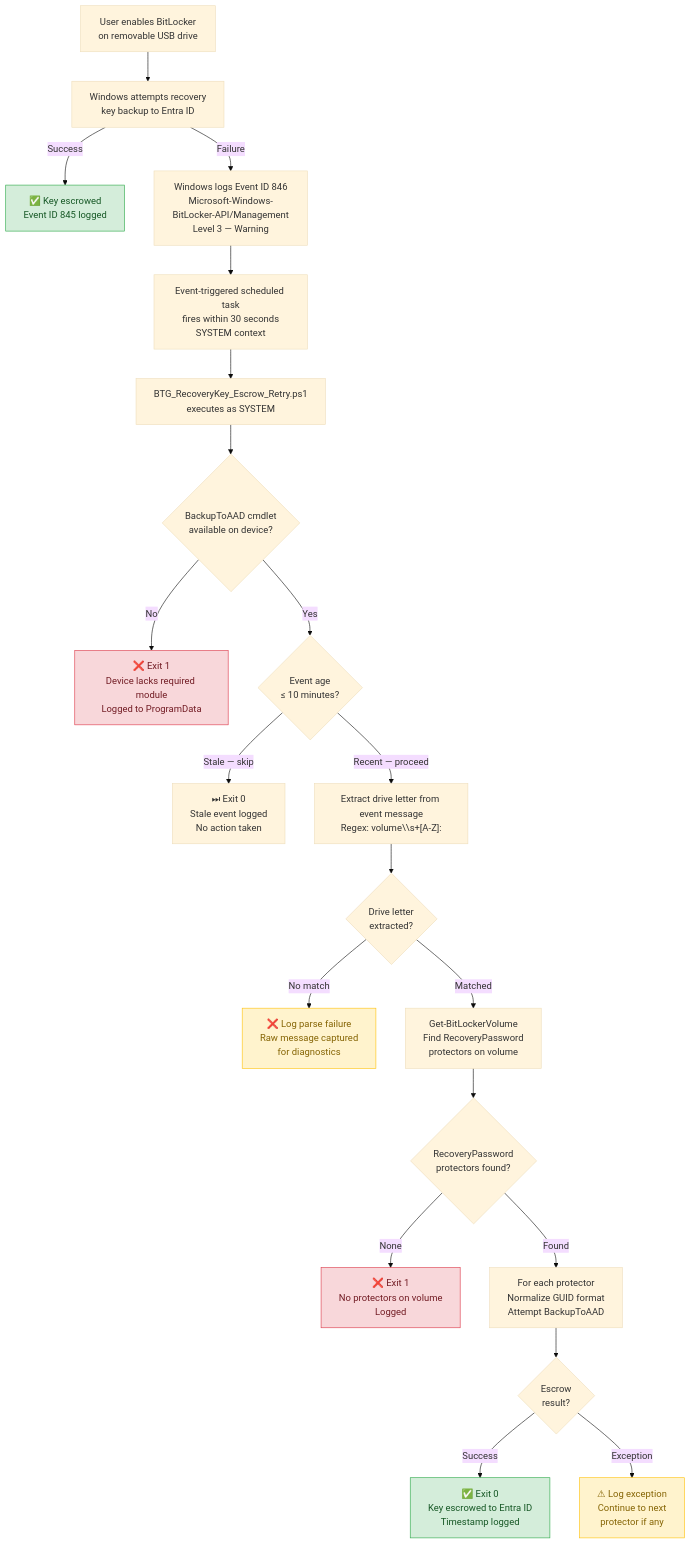
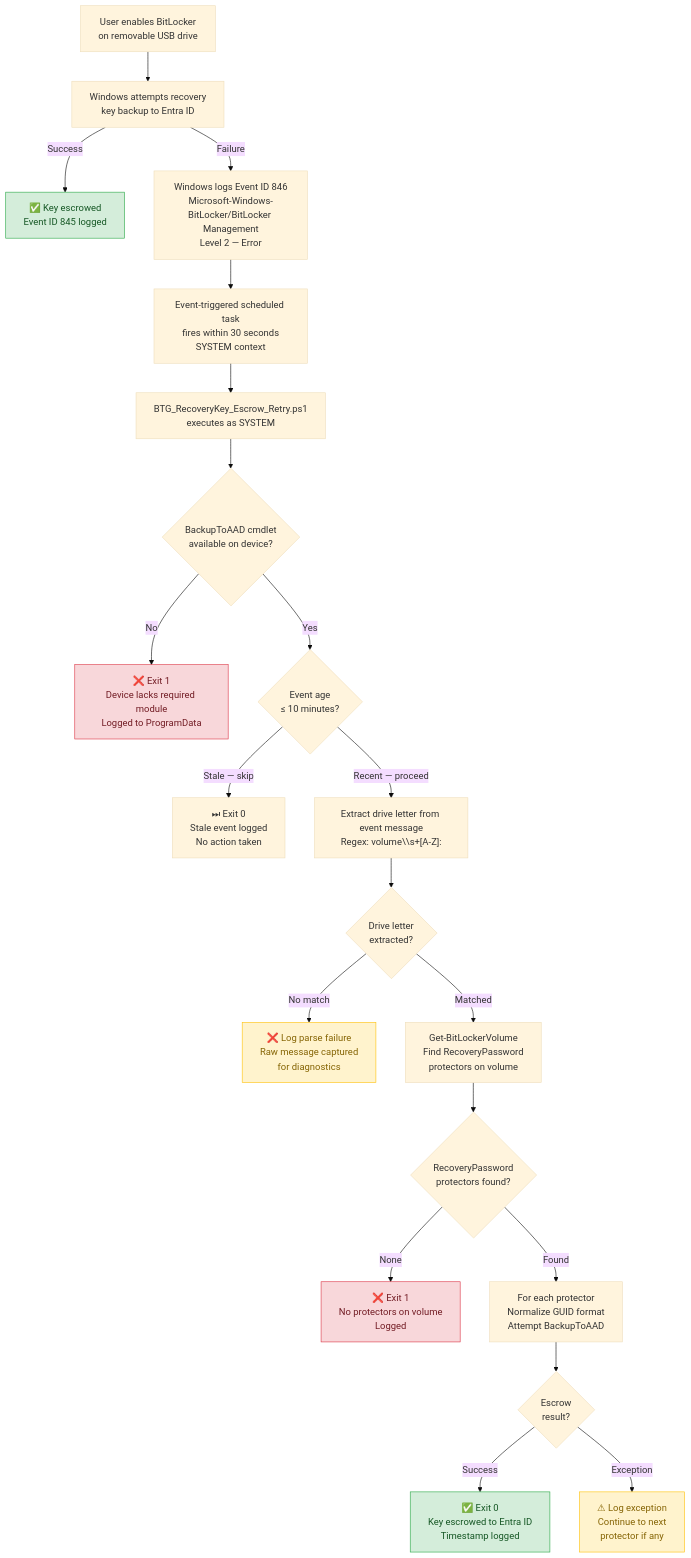
One commit to Shirish03/windows-endpoint-security-patterns changed the diagram in docs/whitepapers/btg-escrow-hybrid-entra-id-v1.1.md. Above: the diagram before and after it, drawn with Mermaid (base theme). The commit also changed other lines of this file, not shown here.

First line of the commit message:
Fix BitLocker channel name in whitepaper; correct Event 846 severity from Warning to Error

````diff
--- a/docs/whitepapers/btg-escrow-hybrid-entra-id-v1.1.md
+++ b/docs/whitepapers/btg-escrow-hybrid-entra-id-v1.1.md
@@ -185,47 +191,47 @@
 ```mermaid
 flowchart TB
     classDef success fill:#d4edda,stroke:#28a745,color:#155724
     classDef failure fill:#f8d7da,stroke:#dc3545,color:#721c24
     classDef warning fill:#fff3cd,stroke:#ffc107,color:#856404
 
     A["User enables BitLocker\non removable USB drive"]
     B["Windows attempts recovery\nkey backup to Entra ID"]
     C["✅ Key escrowed\nEvent ID 845 logged"]:::success
-    D["Windows logs Event ID 846\nMicrosoft-Windows-BitLocker-API/Management\nLevel 3 — Warning"]
+    D["Windows logs Event ID 846\nMicrosoft-Windows-BitLocker/BitLocker Management\nLevel 2 — Error"]
     E["Event-triggered scheduled task\nfires within 30 seconds\nSYSTEM context"]
     F["BTG_RecoveryKey_Escrow_Retry.ps1\nexecutes as SYSTEM"]
     G{"BackupToAAD cmdlet\navailable on device?"}
     H["❌ Exit 1\nDevice lacks required module\nLogged to ProgramData"]:::failure
     I{"Event age\n≤ 10 minutes?"}
     J["⏭ Exit 0\nStale event logged\nNo action taken"]
     K["Extract drive letter from event message\nRegex: volume\\s+[A-Z]:"]
     L{"Drive letter\nextracted?"}
     M["❌ Log parse failure\nRaw message captured\nfor diagnostics"]:::warning
     N["Get-BitLockerVolume\nFind RecoveryPassword\nprotectors on volume"]
     O{"RecoveryPassword\nprotectors found?"}
     P["❌ Exit 1\nNo protectors on volume\nLogged"]:::failure
     Q["For each protector\nNormalize GUID format\nAttempt BackupToAAD"]
     R{"Escrow\nresult?"}
     S["✅ Exit 0\nKey escrowed to Entra ID\nTimestamp logged"]:::success
     T["⚠ Log exception\nContinue to next\nprotector if any"]:::warning
 
     A --> B
     B -->|Success| C
     B -->|Failure| D
     D --> E
     E --> F
     F --> G
     G -->|No| H
     G -->|Yes| I
     I -->|Stale — skip| J
     I -->|Recent — proceed| K
     K --> L
     L -->|No match| M
     L -->|Matched| N
     N --> O
     O -->|None| P
     O -->|Found| Q
     Q --> R
     R -->|Success| S
     R -->|Exception| T
 ```
````
